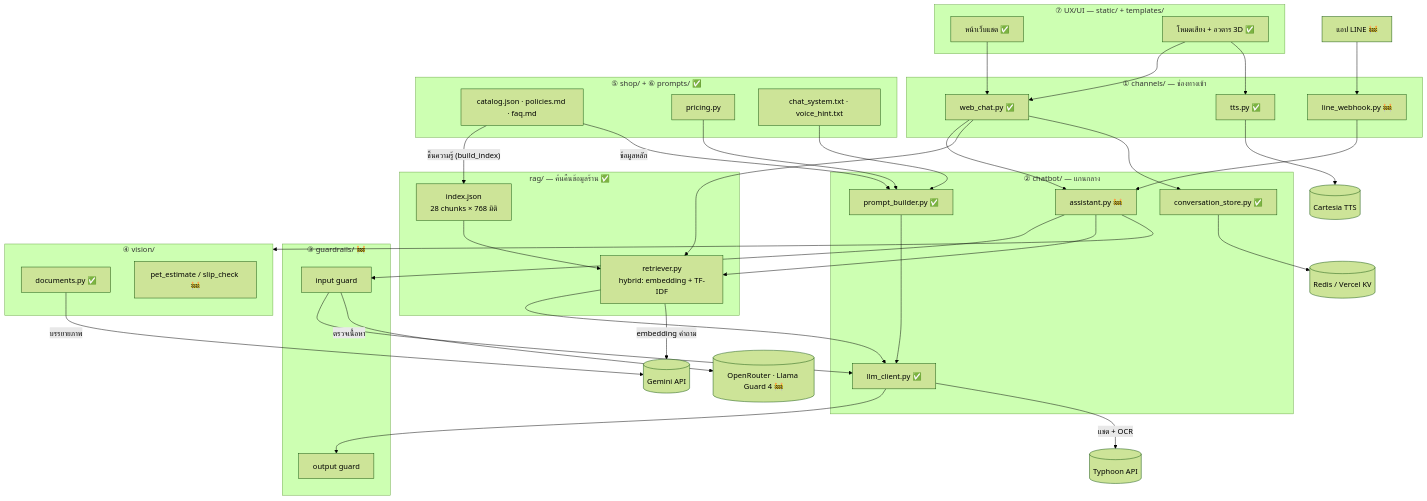
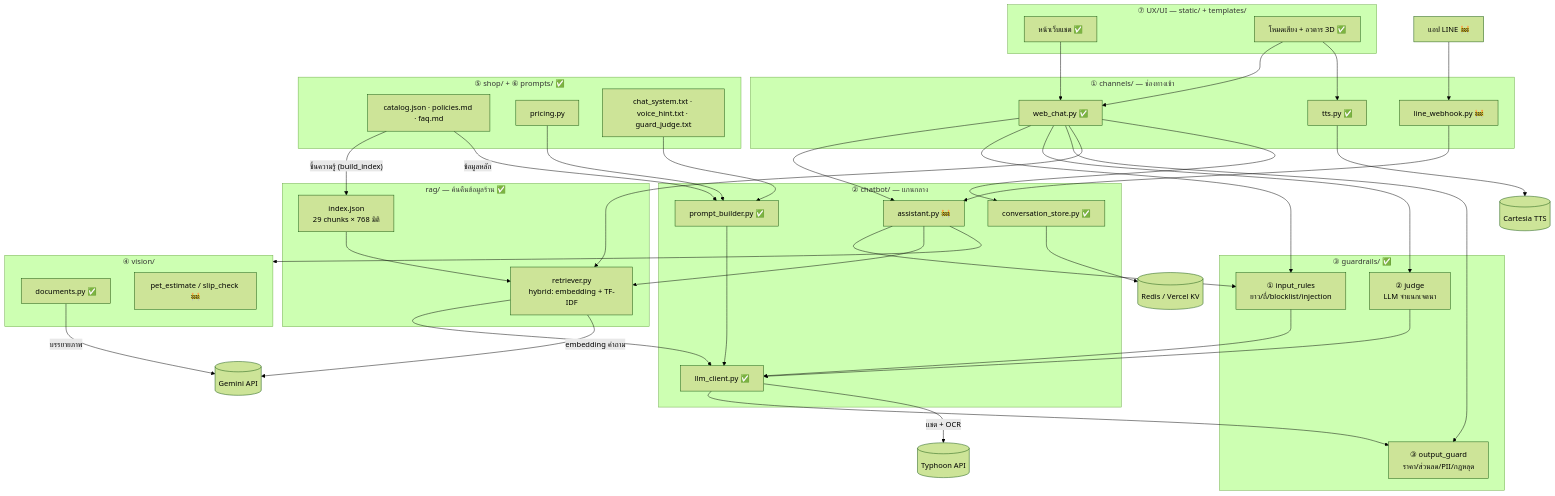
Before and after one commit to Myname30275/Project-chatbot: the first of 3 diagrams in docs/system-architecture.md, drawn with Mermaid (forest theme). The commit also changed other lines of this file and 20 other files, not shown here.

````diff
--- a/docs/system-architecture.md
+++ b/docs/system-architecture.md
@@ -17,68 +17,72 @@
 ```mermaid
 flowchart TB
     subgraph UI["⑦ UX/UI — static/ + templates/"]
         WEB["หน้าเว็บแชต ✅"]
         VOICE["โหมดเสียง + อวตาร 3D ✅"]
     end
     LINE["แอป LINE 🚧"]
 
     subgraph CH["① channels/ — ช่องทางเข้า"]
         WC["web_chat.py ✅"]
         TTS["tts.py ✅"]
         LW["line_webhook.py 🚧"]
     end
 
     subgraph CORE["② chatbot/ — แกนกลาง"]
         AS["assistant.py 🚧"]
         PB["prompt_builder.py ✅"]
         LLMC["llm_client.py ✅"]
         STORE["conversation_store.py ✅"]
     end
 
     subgraph RAGL["rag/ — ค้นคืนข้อมูลร้าน ✅"]
         RAG["retriever.py<br/>hybrid: embedding + TF-IDF"]
-        IDX["index.json<br/>28 chunks × 768 มิติ"]
+        IDX["index.json<br/>29 chunks × 768 มิติ"]
     end
 
-    subgraph GR["③ guardrails/ 🚧"]
-        IG["input guard"]
-        OG["output guard"]
+    subgraph GR["③ guardrails/ ✅"]
+        IG["① input_rules<br/>ยาว/ถี่/blocklist/injection"]
+        JG["② judge<br/>LLM จำแนกเจตนา"]
+        OG["③ output_guard<br/>ราคา/ส่วนลด/PII/กฎหลุด"]
     end
 
     subgraph VI["④ vision/"]
         DOC["documents.py ✅"]
         PET["pet_estimate / slip_check 🚧"]
     end
 
     subgraph DATA["⑤ shop/ + ⑥ prompts/ ✅"]
         CAT["catalog.json · policies.md · faq.md"]
         PR["pricing.py"]
-        PT["chat_system.txt · voice_hint.txt"]
+        PT["chat_system.txt · voice_hint.txt · guard_judge.txt"]
     end
 
     WEB --> WC
     VOICE --> WC
     VOICE --> TTS
     LINE --> LW
     WC --> AS
     LW --> AS
     AS --> IG --> LLMC --> OG
+    WC --> IG
+    WC --> JG
+    WC --> OG
+    JG --> LLMC
     WC --> RAG
     AS --> RAG
     AS --> VI
     PB --> LLMC
     RAG --> LLMC
     IDX --> RAG
     CAT -->|"ชิ้นความรู้ (build_index)"| IDX
     CAT -->|ข้อมูลหลัก| PB
     PT --> PB
     PR --> PB
     WC --> STORE
     RAG -->|embedding คำถาม| GM
 
     LLMC -->|แชต + OCR| TY[("Typhoon API")]
     DOC -->|บรรยายภาพ| GM[("Gemini API")]
-    IG -->|ตรวจเนื้อหา| OR[("OpenRouter · Llama Guard 4 🚧")]
     TTS --> CT[("Cartesia TTS")]
     STORE --> KV[("Redis / Vercel KV")]
 ```
````
